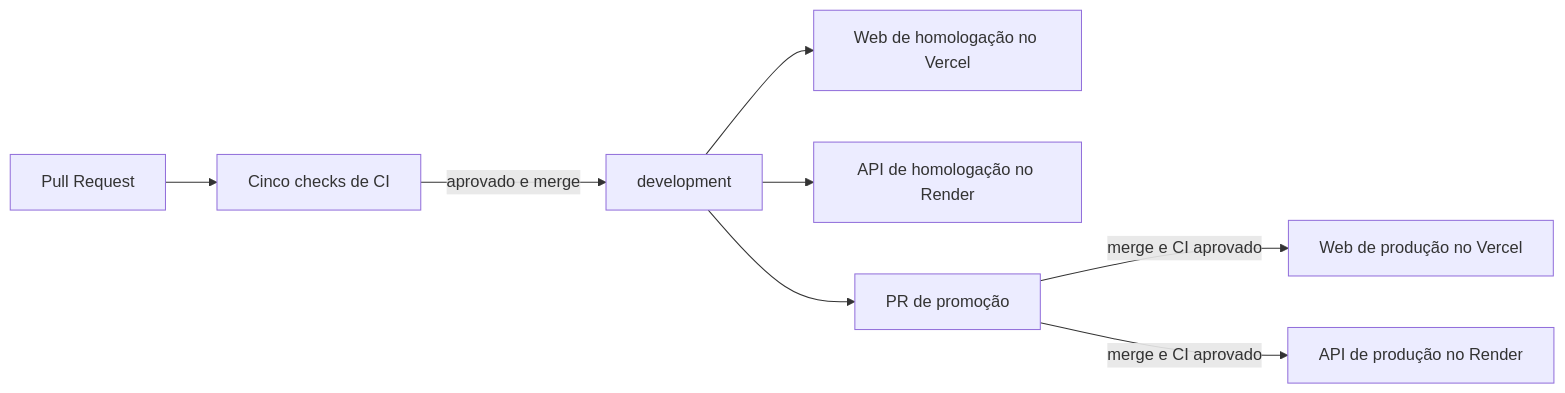
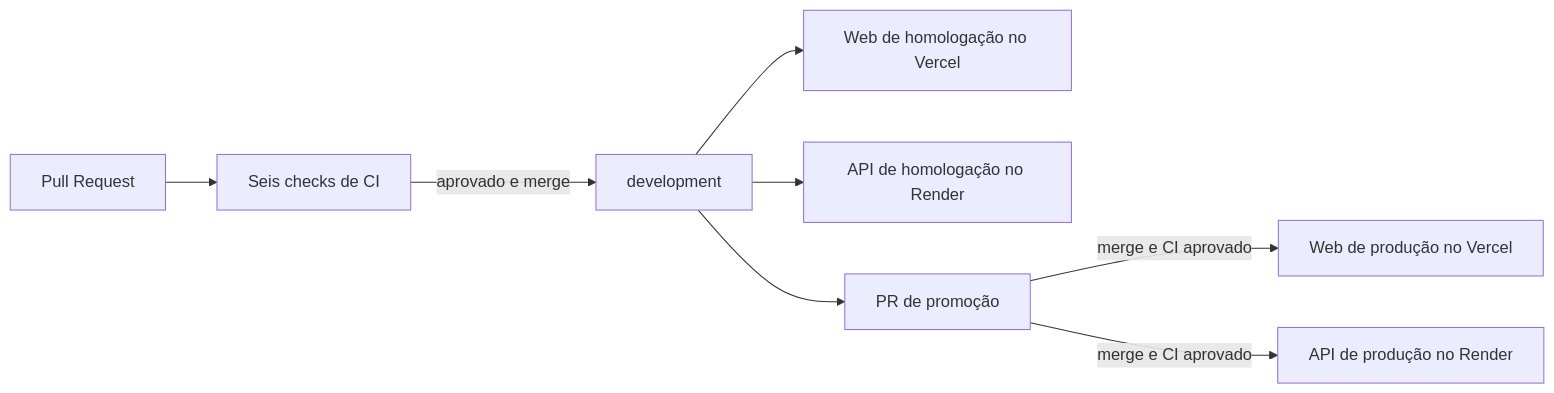
One commit to GusttavoMLima/kapa-protetores changed the diagram in docs/CI_CD.md. Above: the diagram before and after it, drawn with Mermaid. The commit also changed other lines of this file and 1 other file, not shown here.

````diff
--- a/docs/CI_CD.md
+++ b/docs/CI_CD.md
@@ -60,10 +65,10 @@
 ```mermaid
 flowchart LR
-    PR[Pull Request] --> CI[Cinco checks de CI]
+    PR[Pull Request] --> CI[Seis checks de CI]
     CI -->|aprovado e merge| DEV[development]
     DEV --> WEBH[Web de homologação no Vercel]
     DEV --> APIH[API de homologação no Render]
     DEV --> MAIN[PR de promoção]
     MAIN -->|merge e CI aprovado| WEBP[Web de produção no Vercel]
     MAIN -->|merge e CI aprovado| APIP[API de produção no Render]
 ```
````
